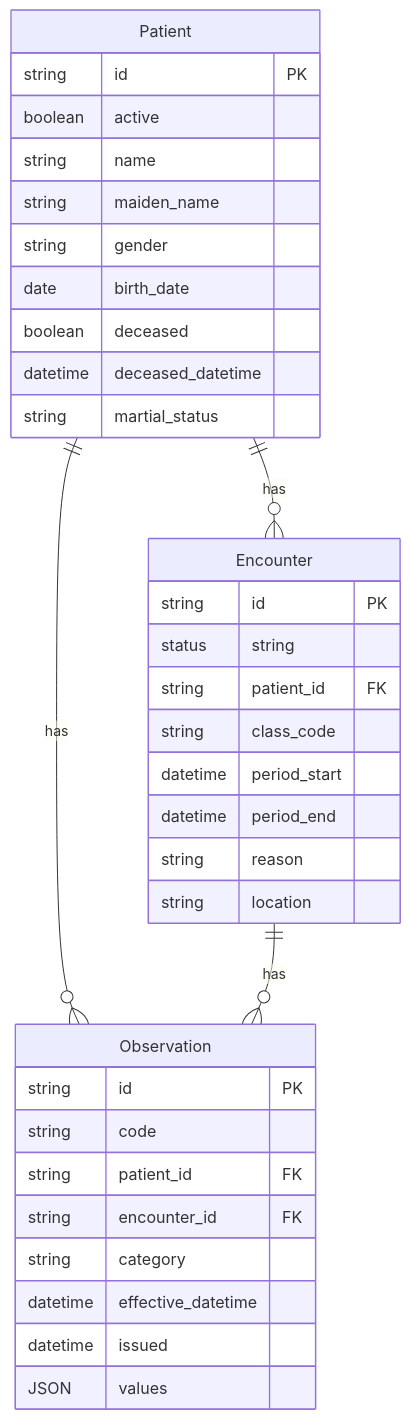
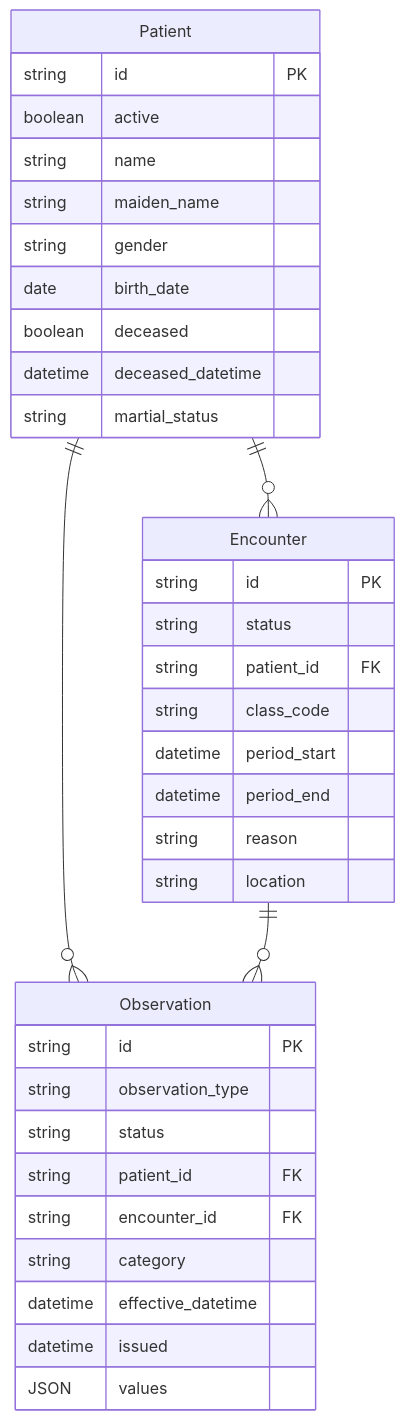
Before and after one commit to LyndonFan/exa-data-eng-assessment: the diagram in erDiagram.md, drawn with Mermaid.

Commit message:
chore: update ER Diagram

````diff
--- a/erDiagram.md
+++ b/erDiagram.md
@@ -3,40 +3,41 @@
 ```mermaid
 erDiagram
   "Patient" {
     string id PK
     boolean active
     string name
     string maiden_name
     string gender
     date birth_date
     boolean deceased
     datetime deceased_datetime
     string martial_status
   }
 
   "Encounter" {
     string id PK
-    status string
+    string status
     string patient_id FK
     string class_code
     datetime period_start
     datetime period_end
     string reason
     string location
   }
 
   "Observation" {
     string id PK
-    string code
+    string observation_type
+    string status
     string patient_id FK
     string encounter_id FK
     string category
     datetime effective_datetime
     datetime issued
     JSON values
   }
 
-  "Patient" ||--o{ "Encounter" : "has"
-  "Patient" ||--o{ "Observation" : "has"
-  "Encounter" ||--o{ "Observation" : "has"
+  "Patient" ||--o{ "Encounter" : ""
+  "Patient" ||--o{ "Observation" : ""
+  "Encounter" ||--o{ "Observation" : ""
 ```
````
